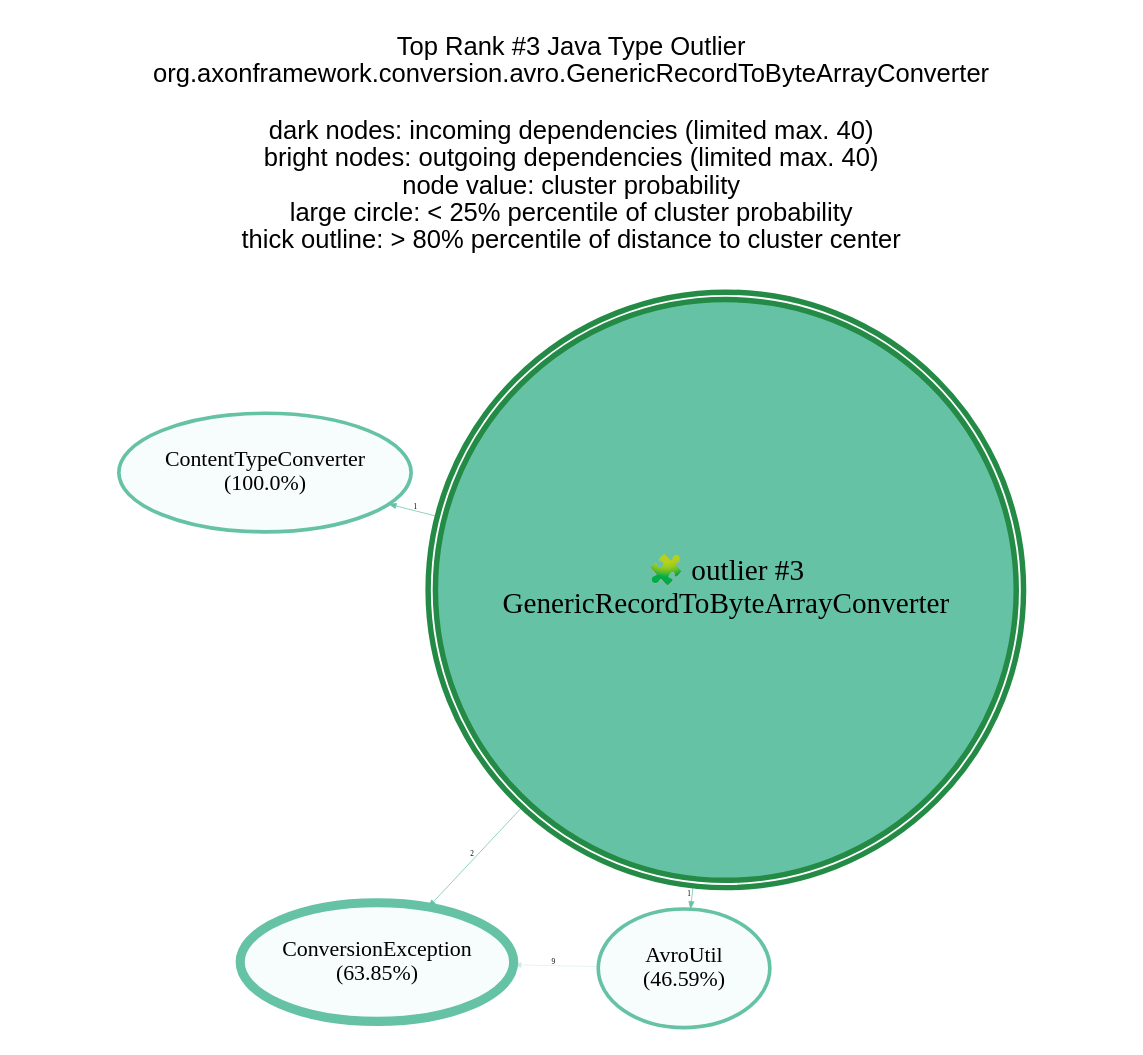
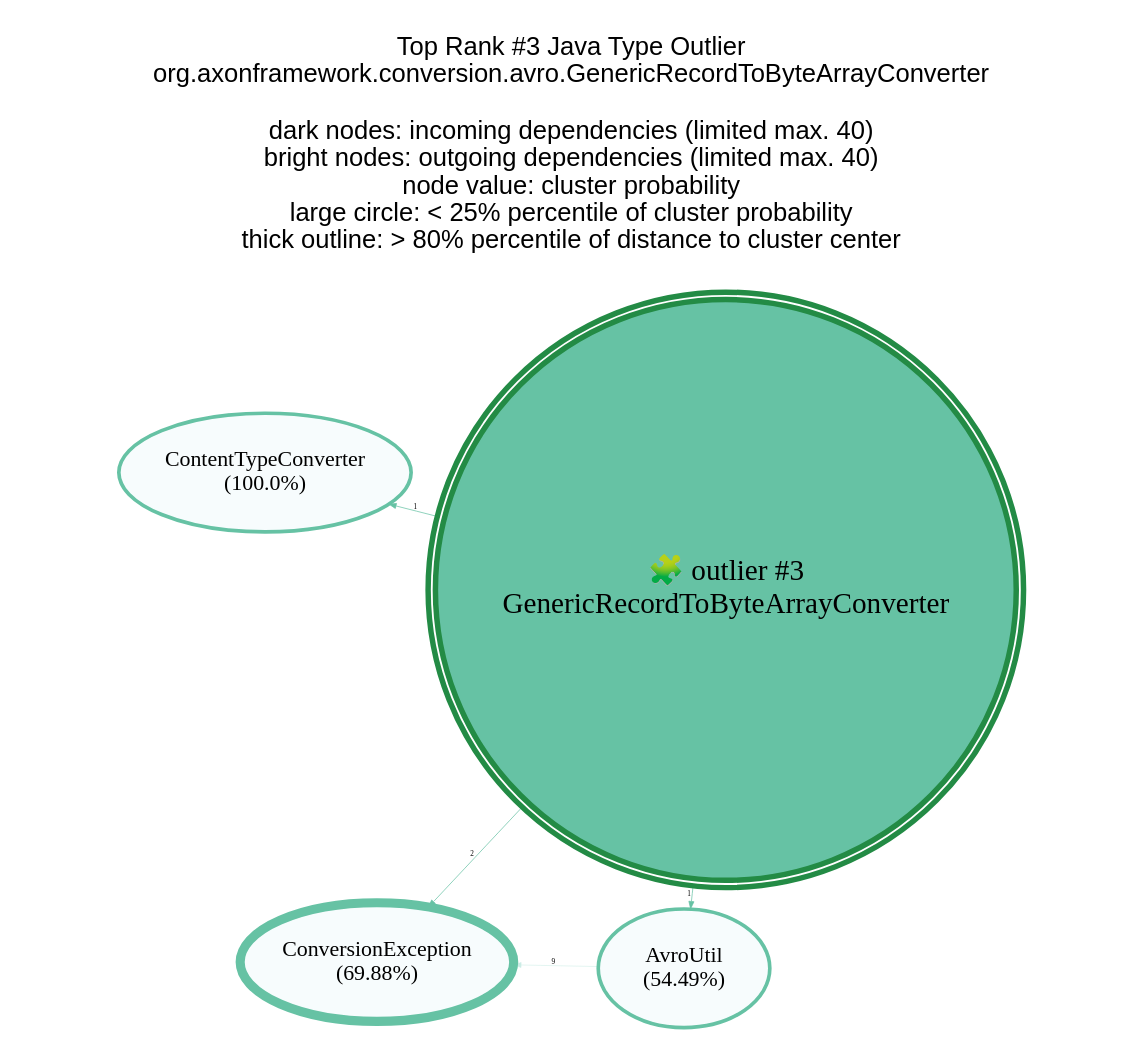
Before and after one commit to JohT/code-graph-analysis-examples: the diagram in analysis-results/AxonFramework/latest/anomaly-detection/Java_Type/GraphVisualizations/graphviz/TopOutlier3.gv, drawn with Graphviz. The commit also changed 609 other files, not shown here.

```diff
--- a/analysis-results/AxonFramework/latest/anomaly-detection/Java_Type/GraphVisualizations/graphviz/TopOutlier3.gv
+++ b/analysis-results/AxonFramework/latest/anomaly-detection/Java_Type/GraphVisualizations/graphviz/TopOutlier3.gv
@@ -1,21 +1,21 @@
 // This GraphViz dot file was generated by the script convertQueryResultCsvToGraphVizDotFile.sh with TopCentral.template
 
 strict digraph TopOutlier3 {
     graph [layout = "fdp"; start = "7"; splines = "spline"; pad = "0.8,0.1"; outputorder = "edgesfirst";];
     graph [fontname = "Helvetica,Arial,sans-serif"; labelloc = "t";];
     node [colorscheme = "bugn9"; color = 6; fillcolor = 3;];
     edge [colorscheme = "bugn9"; color = 7;];
     node [fontsize = 12; style = "filled"; margin = "0.03,0.03"; width="1.3"; height="0.9";];
     edge [fontsize = 4; arrowsize = "0.4";];
 
     central [shape = "doublecircle"; height = "2.0"; margin = "0.000001,0.000001";];
     central [fontsize = 16;];
     central [color = 7; fillcolor = 5; penwidth = 3;];
 
 	graph   [label="Top Rank #3 Java Type Outlier\norg.axonframework.conversion.avro.GenericRecordToByteArrayConverter\n\ndark nodes: incoming dependencies (limited max. 40)\nbright nodes: outgoing dependencies (limited max. 40)\nnode value: cluster probability\nlarge circle: < 25% percentile of cluster probability\nthick outline: > 80% percentile of distance to cluster center\n\n"];
 	central [label="🧩 outlier #3\nGenericRecordToByteArrayConverter"];
-	"ConversionException_45127"  [label = "ConversionException\n(63.85%)"; penwidth = 5; color = 5; fillcolor = 1; ]; central -> "ConversionException_45127" [label=2; weight=2; penwidth=0.4; color = 5];
-	"AvroUtil_44671"  [label = "AvroUtil\n(46.59%)"; penwidth = 2; color = 5; fillcolor = 1; ]; central -> "AvroUtil_44671" [label=1; weight=1; penwidth=0.4; color = 5];
+	"ConversionException_45127"  [label = "ConversionException\n(69.88%)"; penwidth = 5; color = 5; fillcolor = 1; ]; central -> "ConversionException_45127" [label=2; weight=2; penwidth=0.4; color = 5];
+	"AvroUtil_44671"  [label = "AvroUtil\n(54.49%)"; penwidth = 2; color = 5; fillcolor = 1; ]; central -> "AvroUtil_44671" [label=1; weight=1; penwidth=0.4; color = 5];
 	"ContentTypeConverter_44889"  [label = "ContentTypeConverter\n(100.0%)"; penwidth = 2; color = 5; fillcolor = 1; ]; central -> "ContentTypeConverter_44889" [label=1; weight=1; penwidth=0.4; color = 5];
 	"AvroUtil_44671" -> "ConversionException_45127" [label=9; weight=9; penwidth=0.3; color = 3]
 }
```
